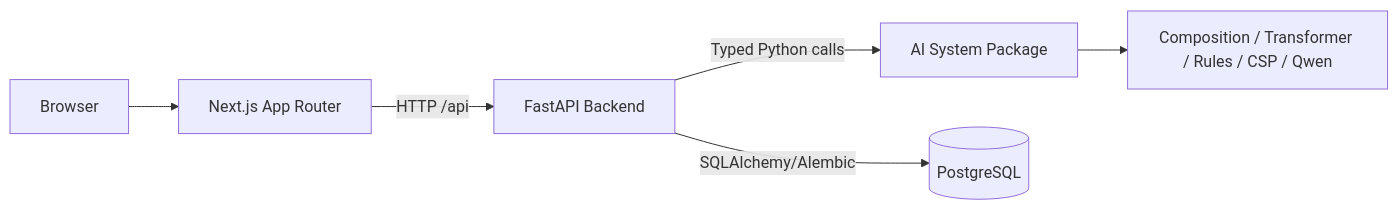
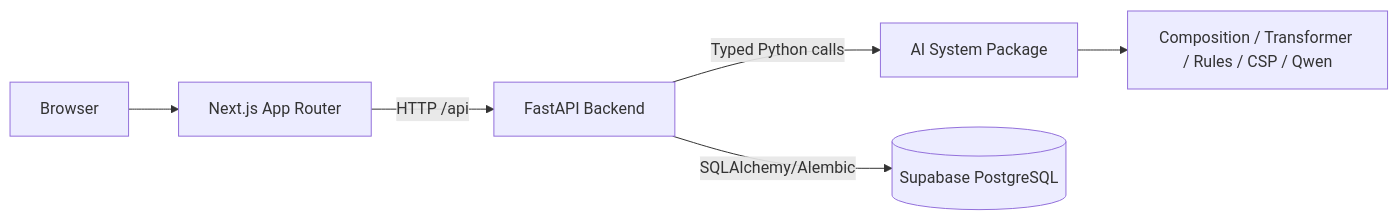
One commit to diwas10/Savora-AI-Meal-Planner-GC-1 changed the third of 3 diagrams in ARCHITECTURE.md. Above: the diagram before and after it, drawn with Mermaid. The commit also changed other lines of this file and 53 other files, not shown here.

````diff
--- a/ARCHITECTURE.md
+++ b/ARCHITECTURE.md
@@ -205,8 +205,8 @@
 ```mermaid
 flowchart LR
   B[Browser] --> N[Next.js App Router]
   N -->|HTTP /api| F[FastAPI Backend]
   F -->|Typed Python calls| A[AI System Package]
-  F -->|SQLAlchemy/Alembic| P[(PostgreSQL)]
+  F -->|SQLAlchemy/Alembic| P[(Supabase PostgreSQL)]
   A --> C[Composition / Transformer / Rules / CSP / Qwen]
 ```
````
